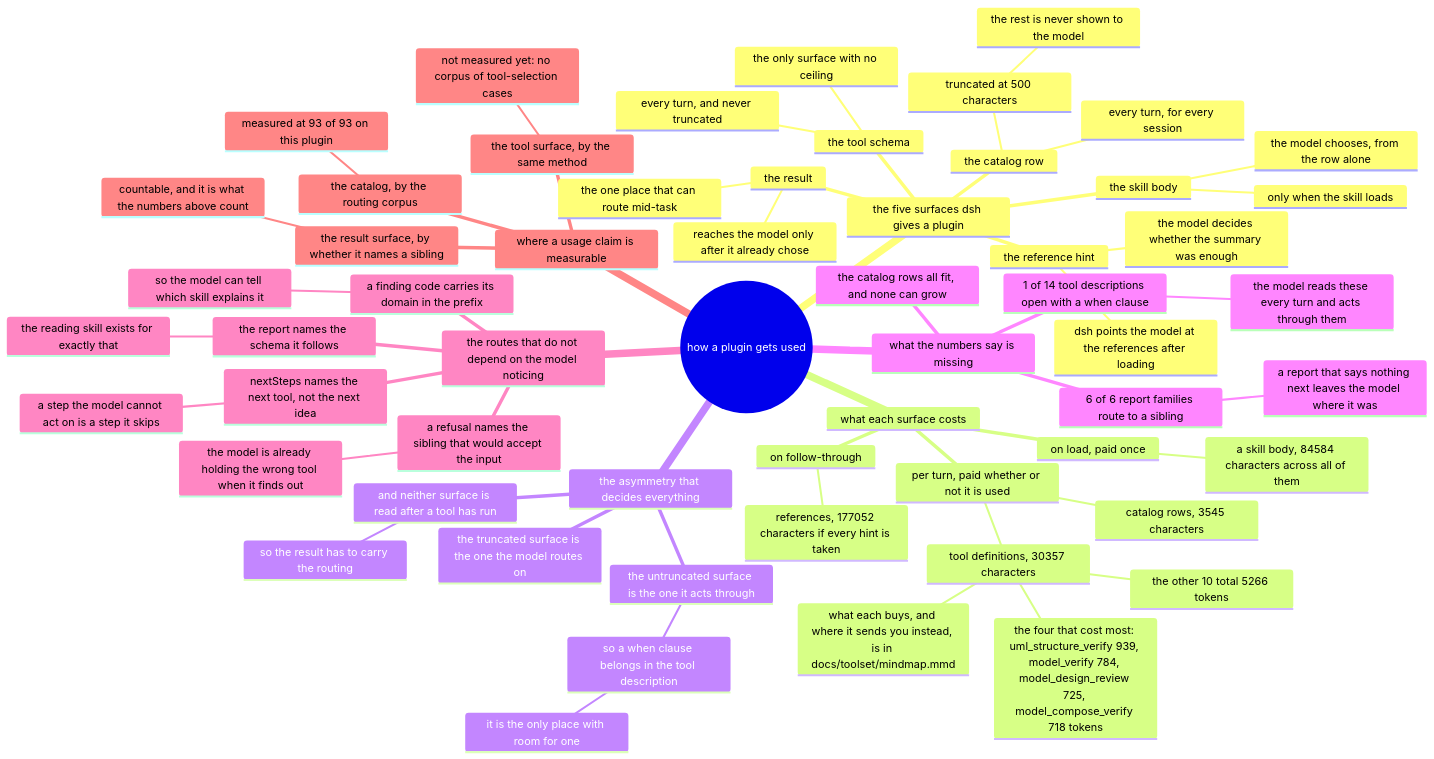
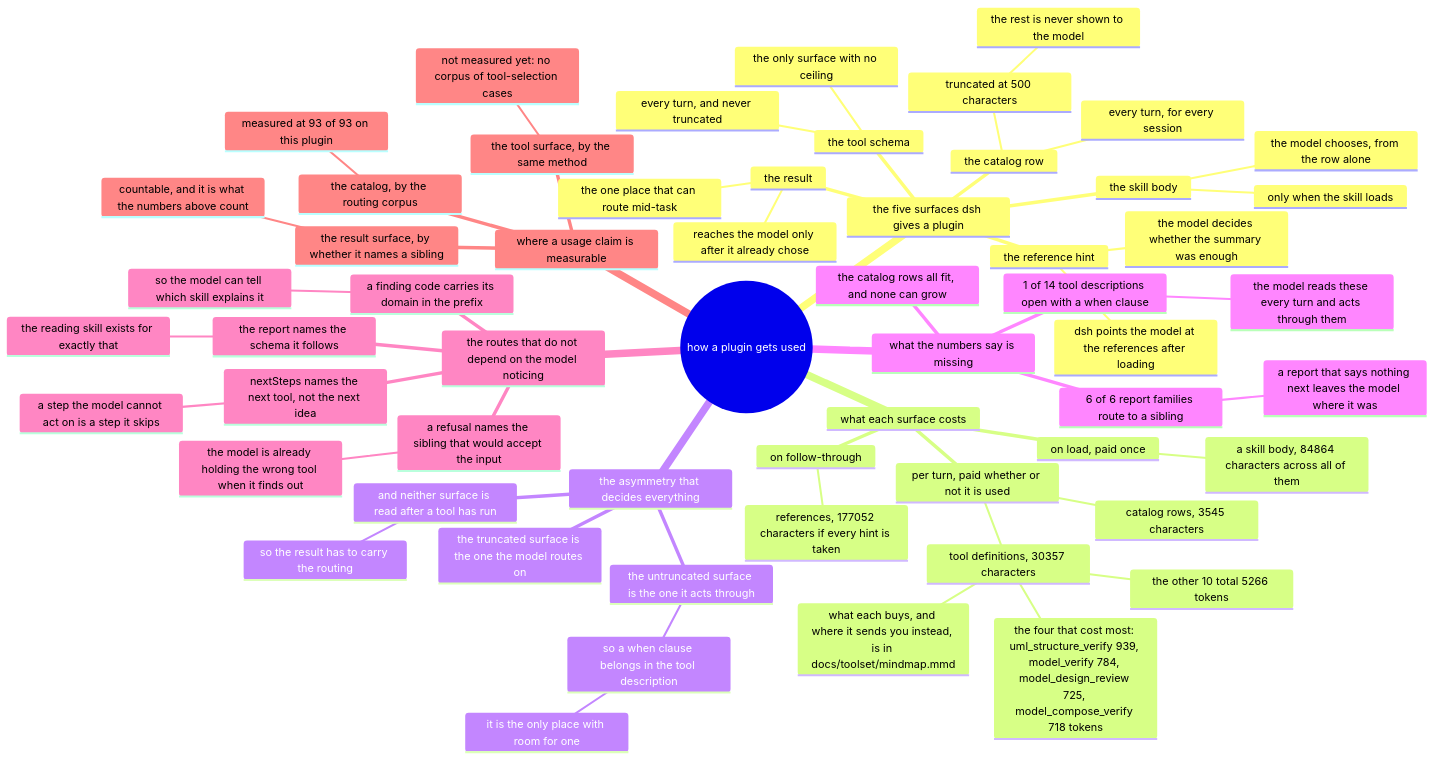
The diagram in docs/usage/mindmap.mmd (AmethystLuna/dsh-model-everything), drawn with Mermaid before and after one commit. The commit also changed 21 other files, not shown here.

```diff
--- a/docs/usage/mindmap.mmd
+++ b/docs/usage/mindmap.mmd
@@ -1,59 +1,59 @@
 mindmap
 root((how a plugin gets used))
   the five surfaces dsh gives a plugin
     the catalog row
       every turn, for every session
       truncated at 500 characters
         the rest is never shown to the model
     the skill body
       only when the skill loads
       the model chooses, from the row alone
     the reference hint
       dsh points the model at the references after loading
       the model decides whether the summary was enough
     the tool schema
       every turn, and never truncated
       the only surface with no ceiling
     the result
       reaches the model only after it already chose
       the one place that can route mid-task
   what each surface costs
     per turn, paid whether or not it is used
       catalog rows, 3545 characters
       tool definitions, 30357 characters
         the four that cost most: uml_structure_verify 939, model_verify 784, model_design_review 725, model_compose_verify 718 tokens
         the other 10 total 5266 tokens
         what each buys, and where it sends you instead, is in docs/toolset/mindmap.mmd
     on load, paid once
-      a skill body, 84584 characters across all of them
+      a skill body, 84864 characters across all of them
     on follow-through
       references, 177052 characters if every hint is taken
   the asymmetry that decides everything
     the truncated surface is the one the model routes on
     the untruncated surface is the one it acts through
       so a when clause belongs in the tool description
         it is the only place with room for one
     and neither surface is read after a tool has run
       so the result has to carry the routing
   what the numbers say is missing
     1 of 14 tool descriptions open with a when clause
       the model reads these every turn and acts through them
     6 of 6 report families route to a sibling
       a report that says nothing next leaves the model where it was
     the catalog rows all fit, and none can grow
   the routes that do not depend on the model noticing
     a refusal names the sibling that would accept the input
       the model is already holding the wrong tool when it finds out
     nextSteps names the next tool, not the next idea
       a step the model cannot act on is a step it skips
     a finding code carries its domain in the prefix
       so the model can tell which skill explains it
     the report names the schema it follows
       the reading skill exists for exactly that
   where a usage claim is measurable
     the catalog, by the routing corpus
       measured at 93 of 93 on this plugin
     the tool surface, by the same method
       not measured yet: no corpus of tool-selection cases
     the result surface, by whether it names a sibling
       countable, and it is what the numbers above count
```
